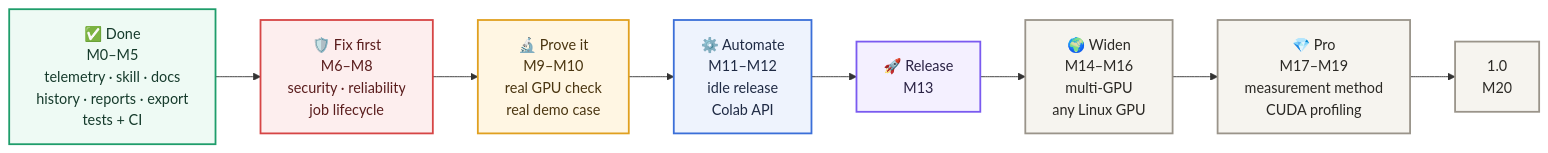
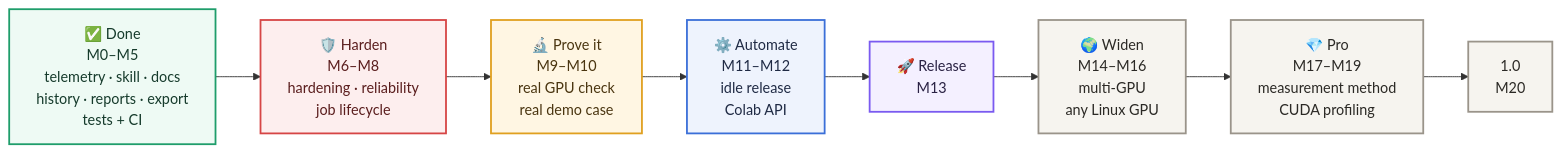
Before and after one commit to SergeyChere/MeetProxy: the diagram in ROADMAP.md, drawn with Mermaid. The commit also changed other lines of this file, not shown here.

First line of the commit message:
Roadmap: shorten M6 wording

````diff
--- a/ROADMAP.md
+++ b/ROADMAP.md
@@ -6,25 +6,25 @@
 ```mermaid
 flowchart LR
     D["✅ Done<br/>M0–M5<br/>telemetry · skill · docs<br/>history · reports · export<br/>tests + CI"]
-    F["🛡️ Fix first<br/>M6–M8<br/>security · reliability<br/>job lifecycle"]
+    F["🛡️ Harden<br/>M6–M8<br/>hardening · reliability<br/>job lifecycle"]
     P["🔬 Prove it<br/>M9–M10<br/>real GPU check<br/>real demo case"]
     A["⚙️ Automate<br/>M11–M12<br/>idle release<br/>Colab API"]
     R["🚀 Release<br/>M13"]
     W["🌍 Widen<br/>M14–M16<br/>multi-GPU<br/>any Linux GPU"]
     PRO["💎 Pro<br/>M17–M19<br/>measurement method<br/>CUDA profiling"]
     V1["1.0<br/>M20"]
     D --> F --> P --> A --> R --> W --> PRO --> V1
 
     classDef done fill:#eefaf4,stroke:#1f9d6b,stroke-width:2px,color:#163b2c
     classDef fix fill:#fdeeee,stroke:#d64545,stroke-width:2px,color:#5a1d1d
     classDef prove fill:#fff6e3,stroke:#e0a020,stroke-width:2px,color:#4a3510
     classDef auto fill:#eef3fd,stroke:#3b6fd8,stroke-width:2px,color:#1f2a44
     classDef rel fill:#f4f0ff,stroke:#7a5af0,stroke-width:2px,color:#2a2244
     classDef later fill:#f6f4ef,stroke:#9a948a,stroke-width:2px,color:#2b2925
     class D done
     class F fix
     class P prove
     class A auto
     class R rel
     class W,PRO,V1 later
 ```
````
